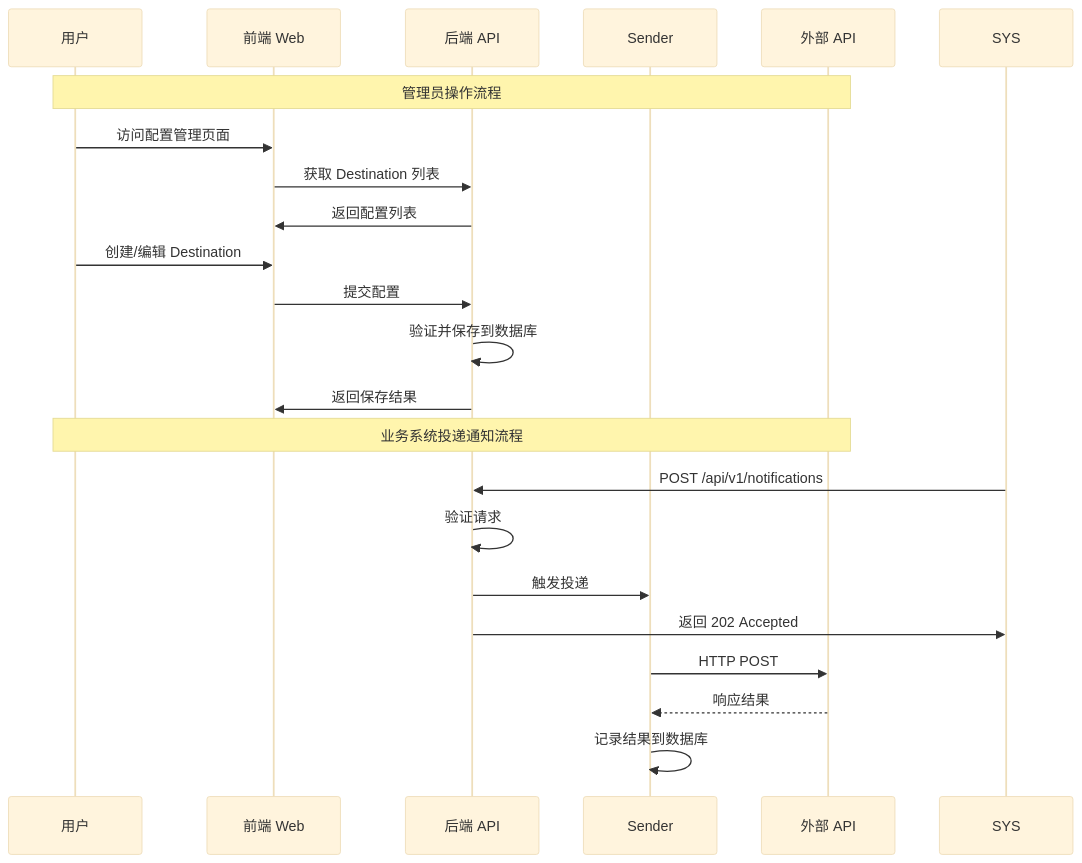
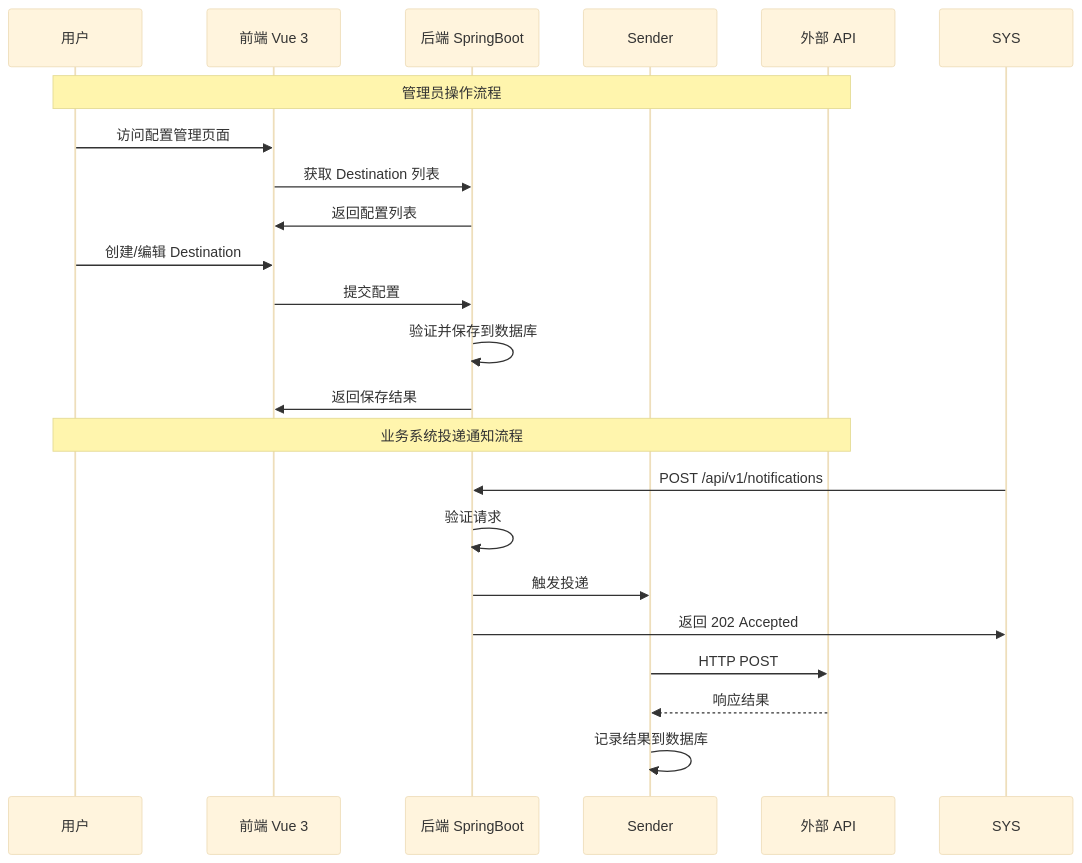
One commit to springmonster/rc_kuanghaochuan changed the second of 3 diagrams in openspec/changes/api-notification-system/design.md. Above: the diagram before and after it, drawn with Mermaid (base theme). The commit also changed other lines of this file and 5 other files, not shown here.

First line of the commit message:
feat(人工,AI): 明确技术栈为Vue3+SpringBoot+H2，移除限流和监控

````diff
--- a/openspec/changes/api-notification-system/design.md
+++ b/openspec/changes/api-notification-system/design.md
@@ -73,26 +70,26 @@
 ```mermaid
 sequenceDiagram
     participant U as 用户
-    participant F as 前端 Web
-    participant A as 后端 API
+    participant F as 前端 Vue 3
+    participant A as 后端 SpringBoot
     participant S as Sender
     participant E as 外部 API
 
     Note over U,E: 管理员操作流程
     U->>F: 访问配置管理页面
     F->>A: 获取 Destination 列表
     A->>F: 返回配置列表
     U->>F: 创建/编辑 Destination
     F->>A: 提交配置
     A->>A: 验证并保存到数据库
     A->>F: 返回保存结果
 
     Note over U,E: 业务系统投递通知流程
     SYS->>A: POST /api/v1/notifications
     A->>A: 验证请求
     A->>S: 触发投递
     A->>SYS: 返回 202 Accepted
     S->>E: HTTP POST
     E-->>S: 响应结果
     S->>S: 记录结果到数据库
 ```
````
